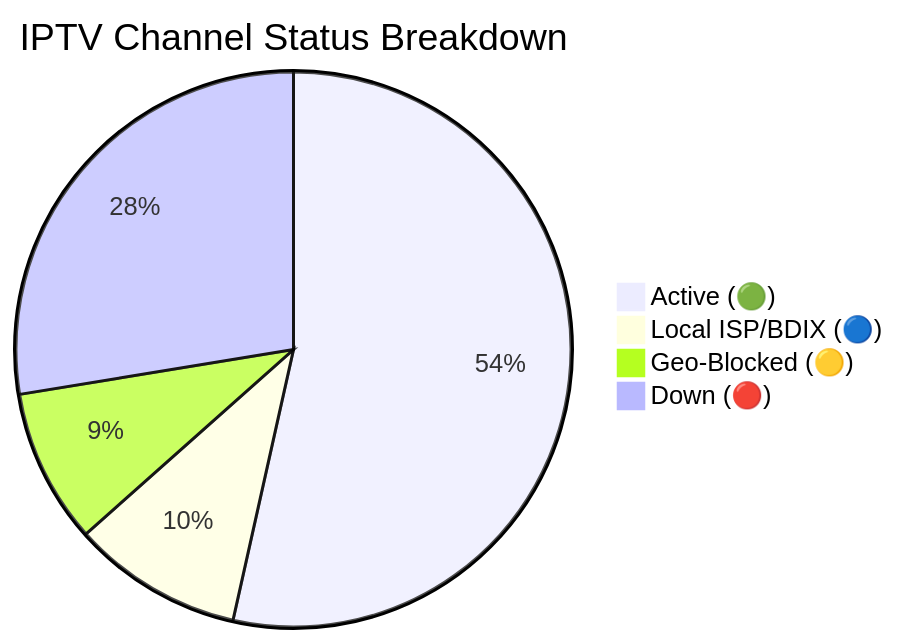
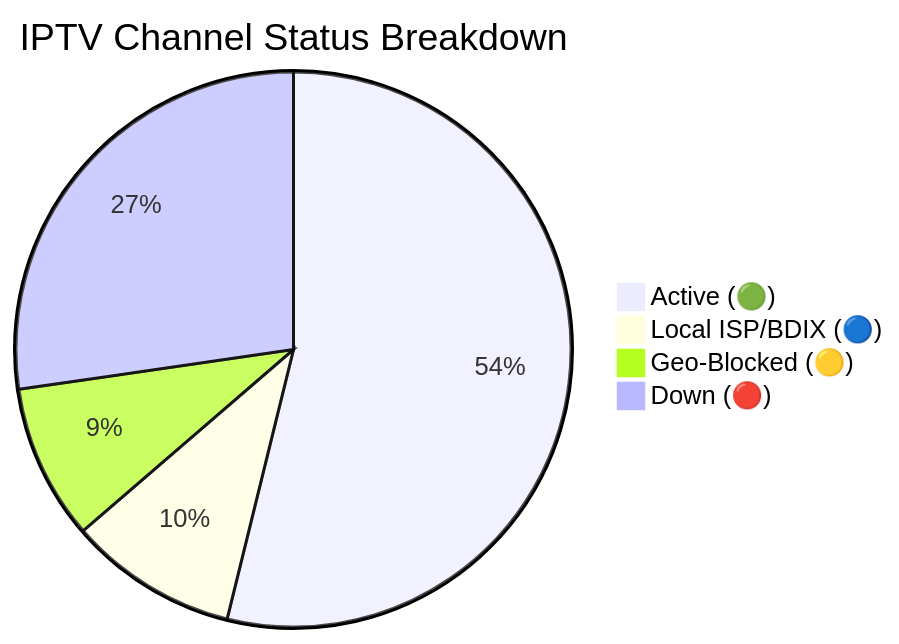
The diagram in README.md (f6388600-ai/Web), drawn with Mermaid before and after one commit. The commit also changed other lines of this file and 6 other files, not shown here.

````diff
--- a/README.md
+++ b/README.md
@@ -149,7 +149,7 @@
 ```mermaid
 pie title IPTV Channel Status Breakdown
-    "Active (🟢)" : 9416
-    "Local ISP/BDIX (🔵)" : 1748
-    "Geo-Blocked (🟡)" : 1581
-    "Down (🔴)" : 4855
+    "Active (🟢)" : 9493
+    "Local ISP/BDIX (🔵)" : 1734
+    "Geo-Blocked (🟡)" : 1592
+    "Down (🔴)" : 4812
 ```
````
